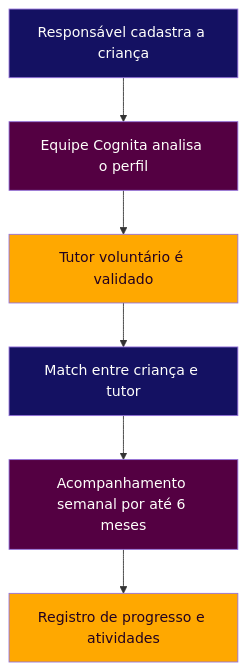
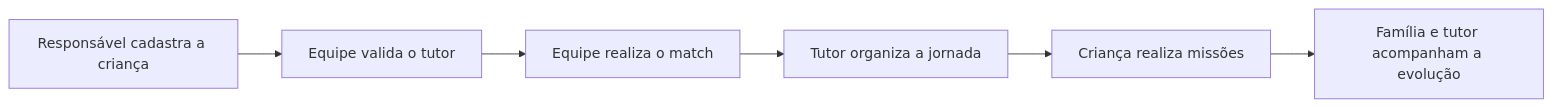
One commit to Markussdev/CognitaHub changed the diagram in readme.md. Above: the diagram before and after it, drawn with Mermaid. The commit also changed other lines of this file and 63 other files, not shown here.

````diff
--- a/readme.md
+++ b/readme.md
@@ -92,15 +36,8 @@
 ```mermaid
-flowchart TD
-    A[Responsável cadastra a criança] --> B[Equipe Cognita analisa o perfil]
-    B --> C[Tutor voluntário é validado]
-    C --> D[Match entre criança e tutor]
-    D --> E[Acompanhamento semanal por até 6 meses]
-    E --> F[Registro de progresso e atividades]
-
-    style A fill:#141162,color:#FFFFFC
-    style B fill:#540042,color:#FFFFFC
-    style C fill:#FFA800,color:#230220
-    style D fill:#141162,color:#FFFFFC
-    style E fill:#540042,color:#FFFFFC
-    style F fill:#FFA800,color:#230220
+flowchart LR
+    A[Responsável cadastra a criança] --> B[Equipe valida o tutor]
+    B --> C[Equipe realiza o match]
+    C --> D[Tutor organiza a jornada]
+    D --> E[Criança realiza missões]
+    E --> F[Família e tutor acompanham a evolução]
 ```
````
